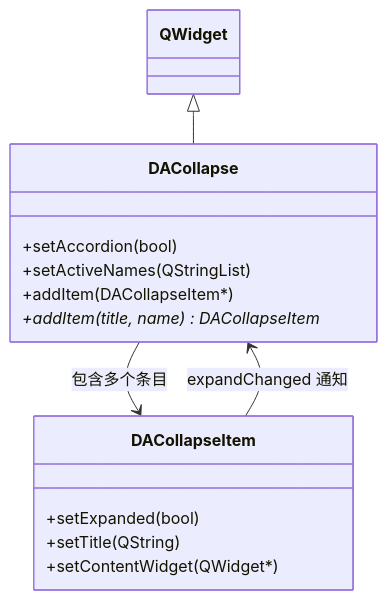
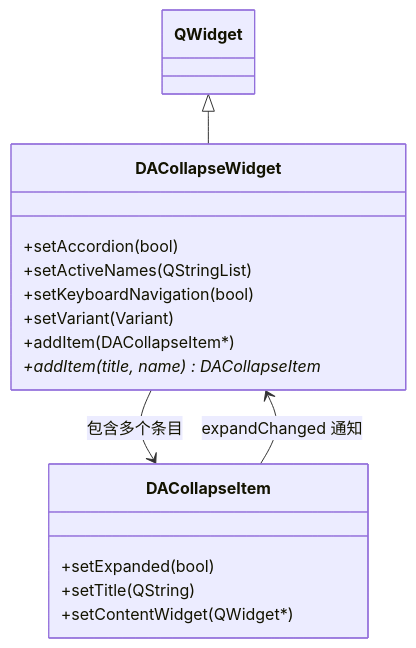
The diagram in docs/use-guide/collapse.md (czyt1988/DAWidgets), drawn with Mermaid before and after one commit. The commit also changed other lines of this file and 4 other files, not shown here.

````diff
--- a/docs/use-guide/collapse.md
+++ b/docs/use-guide/collapse.md
@@ -22,19 +25,21 @@
 ```mermaid
 classDiagram
     class QWidget
-    class DACollapse {
+    class DACollapseWidget {
         +setAccordion(bool)
         +setActiveNames(QStringList)
+        +setKeyboardNavigation(bool)
+        +setVariant(Variant)
         +addItem(DACollapseItem*)
         +addItem(title, name) DACollapseItem*
     }
     class DACollapseItem {
         +setExpanded(bool)
         +setTitle(QString)
         +setContentWidget(QWidget*)
     }
 
-    QWidget <|-- DACollapse
-    DACollapse --> DACollapseItem : 包含多个条目
-    DACollapseItem --> DACollapse : expandChanged 通知
+    QWidget <|-- DACollapseWidget
+    DACollapseWidget --> DACollapseItem : 包含多个条目
+    DACollapseItem --> DACollapseWidget : expandChanged 通知
 ```
````
